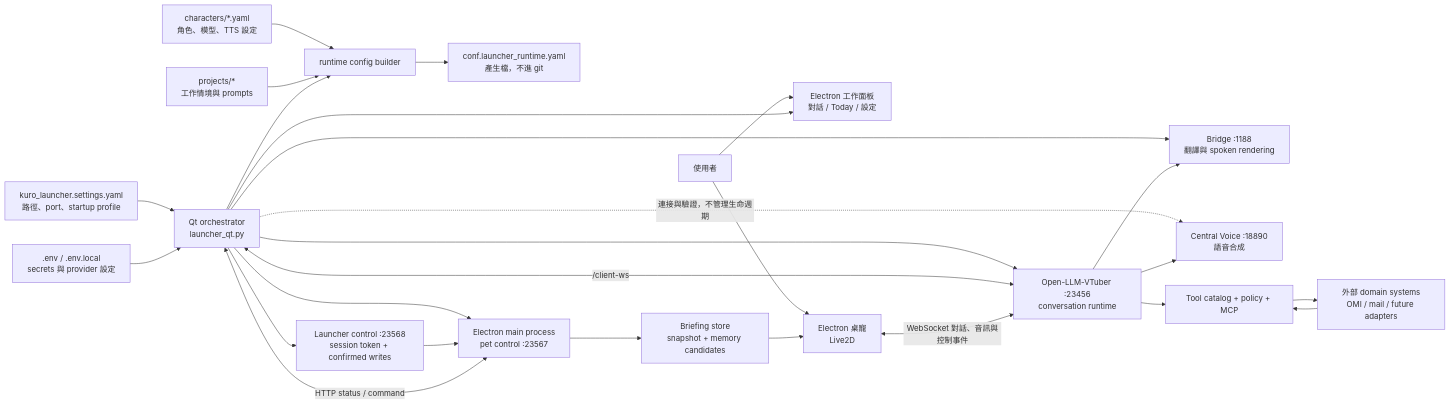
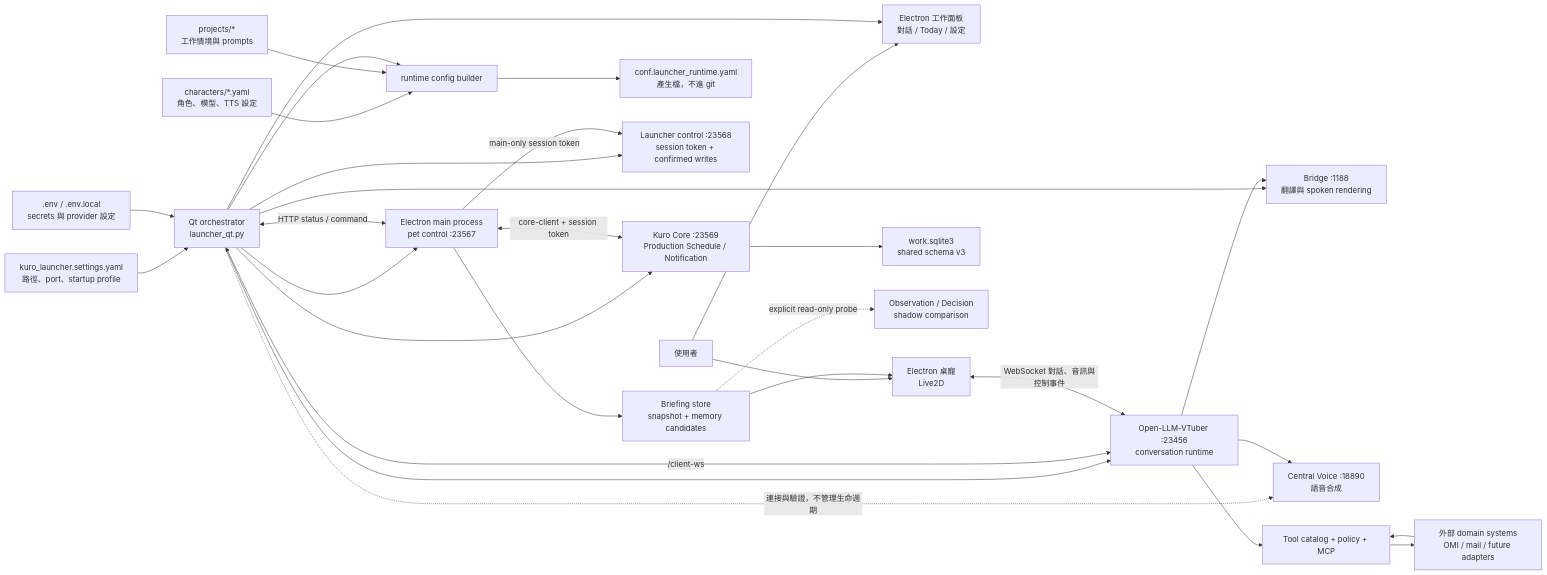
One commit to lulu930128/desktop-agent-runtime changed the first of 4 diagrams in docs/architecture/RuntimeArchitecture.md. Above: the diagram before and after it, drawn with Mermaid. The commit also changed other lines of this file and 12 other files, not shown here.

First line of the commit message:
docs(architecture): reconcile Core ownership and research boundaries

````diff
--- a/docs/architecture/RuntimeArchitecture.md
+++ b/docs/architecture/RuntimeArchitecture.md
@@ -7,33 +16,37 @@
 ```mermaid
 flowchart LR
     User["使用者"] --> WorkPanel["Electron 工作面板<br/>對話 / Today / 設定"]
     User --> PetUI["Electron 桌寵<br/>Live2D"]
     Console["Qt orchestrator<br/>launcher_qt.py"] --> WorkPanel
 
     Settings["kuro_launcher.settings.yaml<br/>路徑、port、startup profile"] --> Console
     Env[".env / .env.local<br/>secrets 與 provider 設定"] --> Console
     Character["characters/*.yaml<br/>角色、模型、TTS 設定"] --> RuntimeBuilder["runtime config builder"]
     Project["projects/*<br/>工作情境與 prompts"] --> RuntimeBuilder
     Console --> RuntimeBuilder
     RuntimeBuilder --> Generated["conf.launcher_runtime.yaml<br/>產生檔，不進 git"]
 
     Console --> Bridge["Bridge :1188<br/>翻譯與 spoken rendering"]
     Console -.->|"連接與驗證，不管理生命週期"| TTS["Central Voice :18890<br/>語音合成"]
     Console --> Runtime["Open-LLM-VTuber :23456<br/>conversation runtime"]
     Console --> PetMain["Electron main process<br/>pet control :23567"]
     Console --> LauncherControl["Launcher control :23568<br/>session token + confirmed writes"]
-    LauncherControl --> PetMain
+    PetMain -->|"main-only session token"| LauncherControl
+    Console --> Core["Kuro Core :23569<br/>Production Schedule / Notification"]
+    PetMain <-->|"core-client + session token"| Core
+    Core --> CoreDB["work.sqlite3<br/>shared schema v3"]
 
     Console <-->|"/client-ws"| Runtime
     PetUI <-->|"WebSocket 對話、音訊與控制事件"| Runtime
     Runtime --> Bridge
     Runtime --> TTS
 
     Runtime --> Tools["Tool catalog + policy + MCP"]
     Tools --> Domain["外部 domain systems<br/>OMI / mail / future adapters"]
     Domain --> Tools
 
     Console <-->|"HTTP status / command"| PetMain
     PetMain --> BriefingStore["Briefing store<br/>snapshot + memory candidates"]
     BriefingStore --> PetUI
+    BriefingStore -.->|"explicit read-only probe"| Shadow["Observation / Decision<br/>shadow comparison"]
 ```
````
